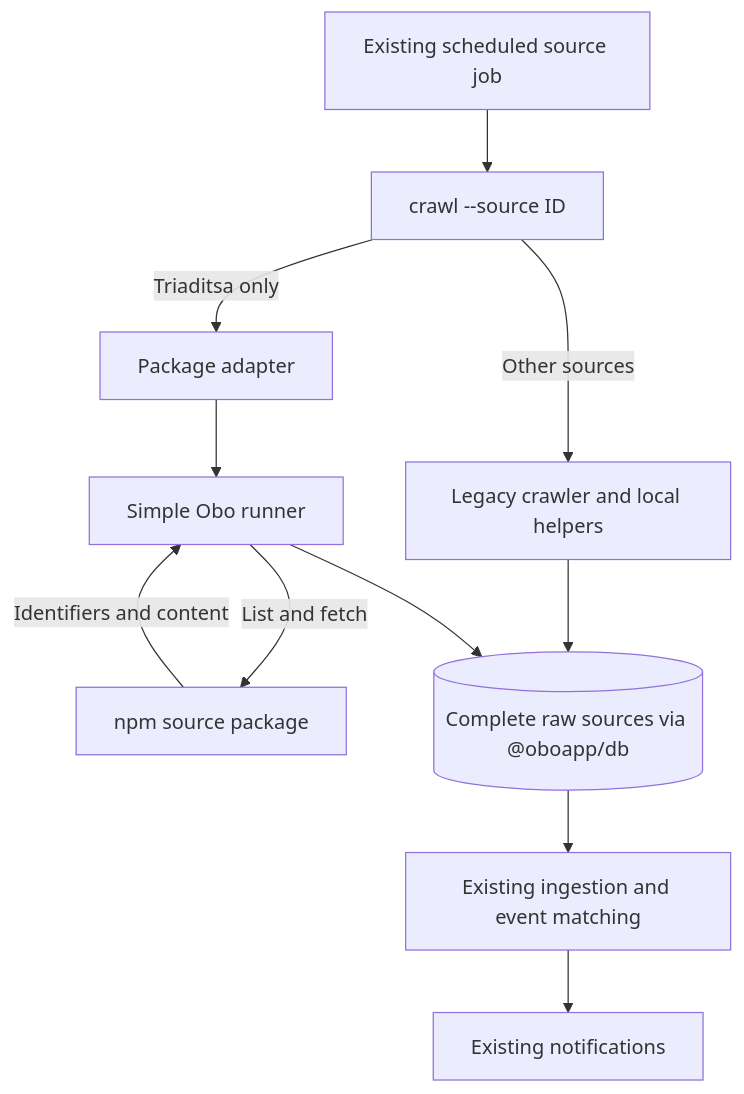
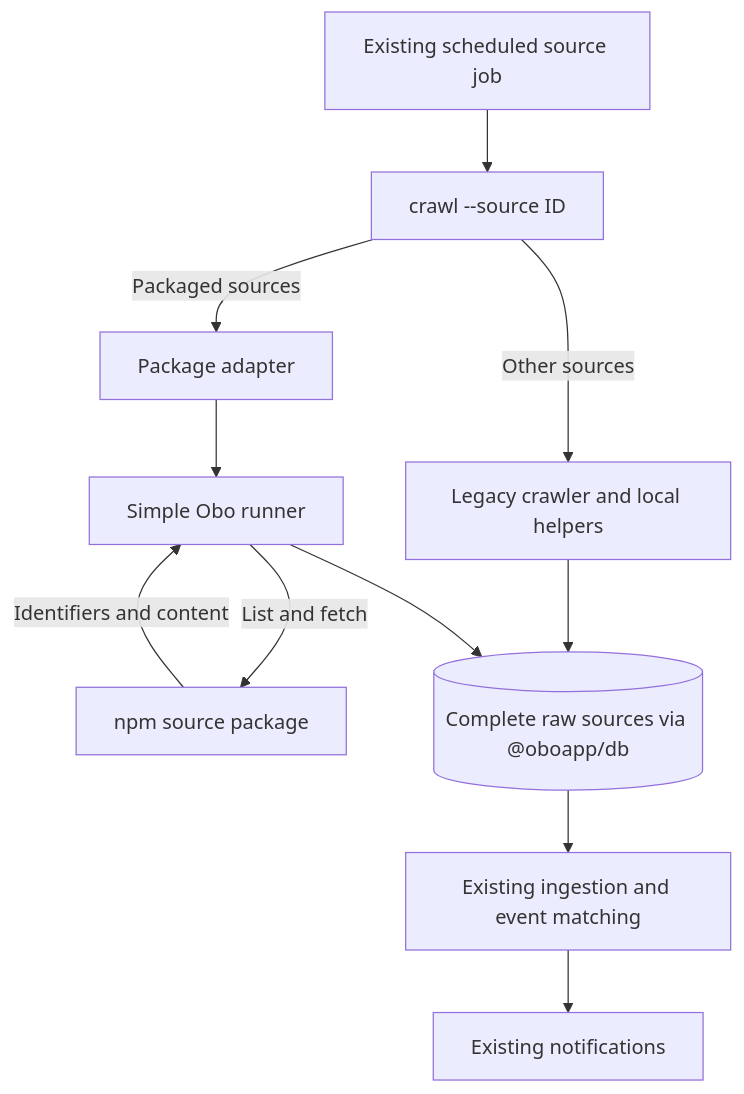
Before and after one commit to oboapp/oboapp: the diagram in docs/features/source-packages.md, drawn with Mermaid. The commit also changed other lines of this file and 17 other files, not shown here.

````diff
--- a/docs/features/source-packages.md
+++ b/docs/features/source-packages.md
@@ -17,13 +17,13 @@
 ```mermaid
 flowchart TD
     job[Existing scheduled source job] --> entry[crawl --source ID]
     entry -->|Other sources| legacy[Legacy crawler and local helpers]
-    entry -->|Triaditsa only| adapter[Package adapter]
+    entry -->|Packaged sources| adapter[Package adapter]
     adapter --> runner[Simple Obo runner]
     runner -->|List and fetch| package[npm source package]
     package -->|Identifiers and content| runner
     legacy --> raw[(Complete raw sources via @oboapp/db)]
     runner --> raw
     raw --> ingest[Existing ingestion and event matching]
     ingest --> notify[Existing notifications]
 ```
````
